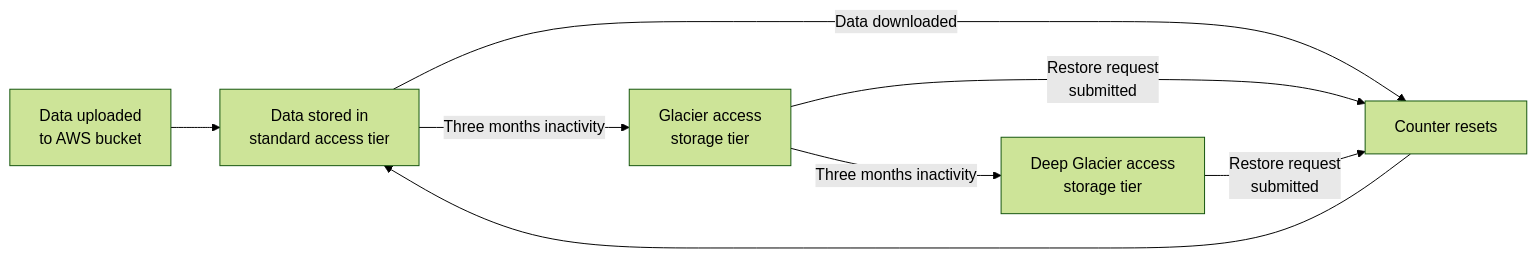
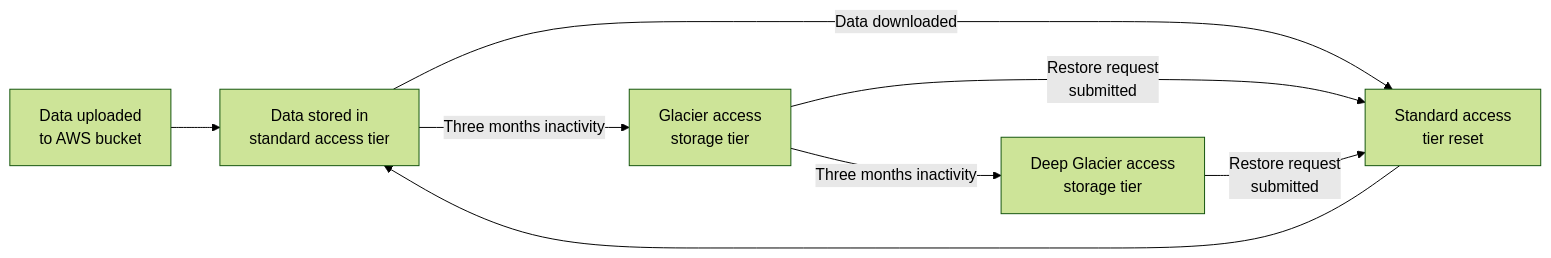
Before and after one commit to UA-ResearchComputing-HPC/hpc-documentation: the diagram in docs/storage_and_transfers/storage/tier2_storage/index.md, drawn with Mermaid (forest theme). The commit also changed other lines of this file and 3 other files, not shown here.

````diff
--- a/docs/storage_and_transfers/storage/tier2_storage/index.md
+++ b/docs/storage_and_transfers/storage/tier2_storage/index.md
@@ -29,11 +29,11 @@
 ``` mermaid
 graph LR
   A[Data uploaded<br>to AWS bucket] --> B[Data stored in<br>standard access tier];
-  B -->|Data downloaded| C[Counter resets];
+  B -->|Data downloaded| C[Standard access<br>tier reset];
   C --> B;
   B -->|Three months inactivity| D[Glacier access<br>storage tier];
   D --> |Restore request<br>submitted| C; 
   D --> |Three months inactivity| E[Deep Glacier access<br>storage tier];
   E --> |Restore request<br>submitted| C;
 
 ```
````
